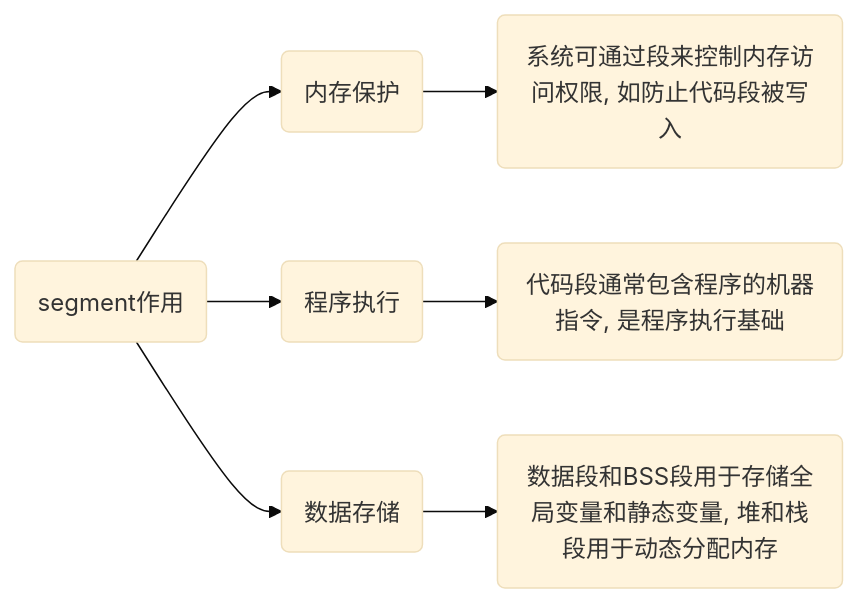
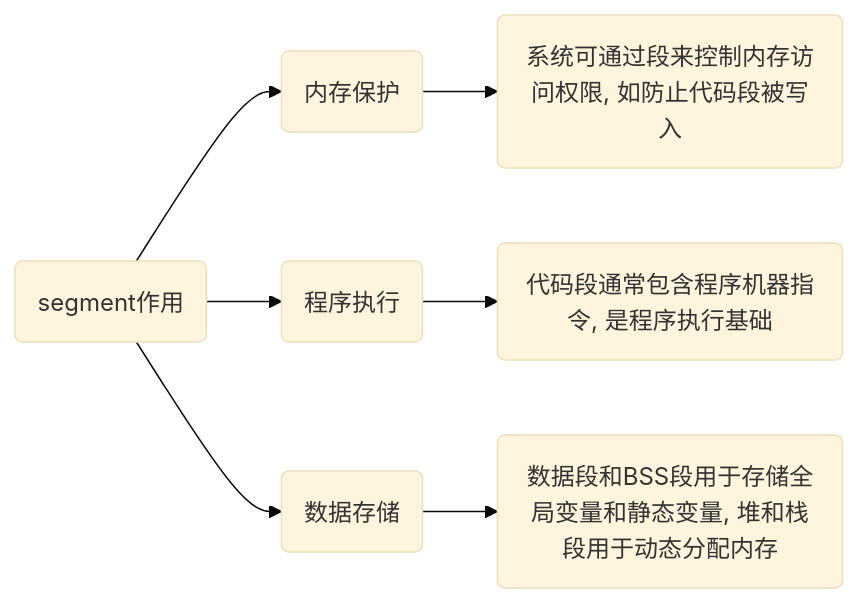
One commit to dmjcb/dmjcb.github.io changed the eighth of 8 diagrams in _posts/language/c_c++/compile/2021-06-15-编译过程.md. Above: the diagram before and after it, drawn with Mermaid (base theme). The commit also changed other lines of this file and 28 other files, not shown here.

````diff
--- a/_posts/language/c_c++/compile/2021-06-15-编译过程.md
+++ b/_posts/language/c_c++/compile/2021-06-15-编译过程.md
@@ -335,7 +335,7 @@
 ```mermaid
 graph LR;
     X(segment作用)
     X --> A(内存保护) --> A1(系统可通过段来控制内存访问权限, 如防止代码段被写入)
-    X --> B(程序执行) --> B1(代码段通常包含程序的机器指令, 是程序执行基础)
+    X --> B(程序执行) --> B1(代码段通常包含程序机器指令, 是程序执行基础)
     X --> C(数据存储) --> C1(数据段和BSS段用于存储全局变量和静态变量, 堆和栈段用于动态分配内存)
 ```
````
